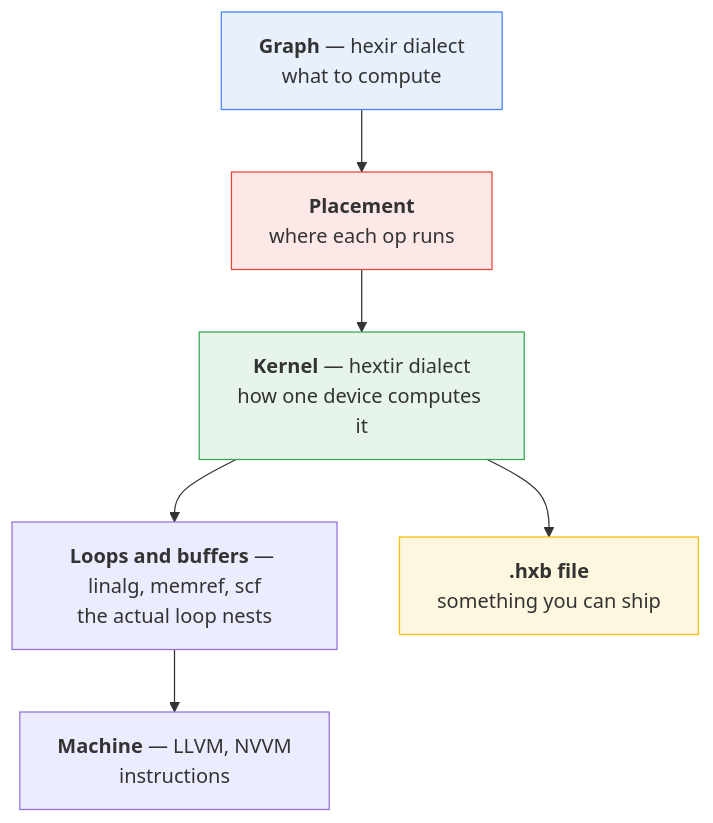
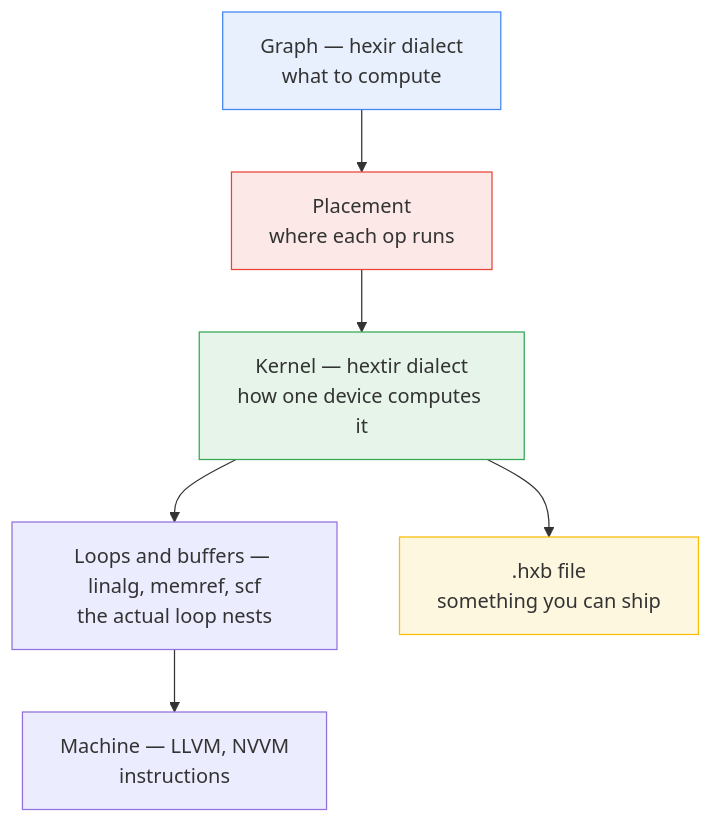
Before and after one commit to hamzaqureshi5/hexir: the first of 2 diagrams in docs/overview.md, drawn with Mermaid. The commit also changed 5 other files, not shown here.

First line of the commit message:
docs: make the diagrams robust, and stop tracking CLAUDE.md

````diff
--- a/docs/overview.md
+++ b/docs/overview.md
@@ -6,17 +6,17 @@
 ```mermaid
 flowchart TD
-    G["<b>Graph</b> — hexir dialect<br/>what to compute"]
-    P["<b>Placement</b><br/>where each op runs"]
-    K["<b>Kernel</b> — hextir dialect<br/>how one device computes it"]
-    L["<b>Loops and buffers</b> — linalg, memref, scf<br/>the actual loop nests"]
-    M["<b>Machine</b> — LLVM, NVVM<br/>instructions"]
-    A["<b>.hxb file</b><br/>something you can ship"]
+    G["Graph — hexir dialect<br/>what to compute"]
+    P["Placement<br/>where each op runs"]
+    K["Kernel — hextir dialect<br/>how one device computes it"]
+    L["Loops and buffers — linalg, memref, scf<br/>the actual loop nests"]
+    M["Machine — LLVM, NVVM<br/>instructions"]
+    A[".hxb file<br/>something you can ship"]
 
     G --> P --> K --> L --> M
     K --> A
 
     style G fill:#e8f0fe,stroke:#4285f4
     style P fill:#fce8e6,stroke:#ea4335
     style K fill:#e6f4ea,stroke:#34a853
     style A fill:#fef7e0,stroke:#fbbc04
 ```
````
